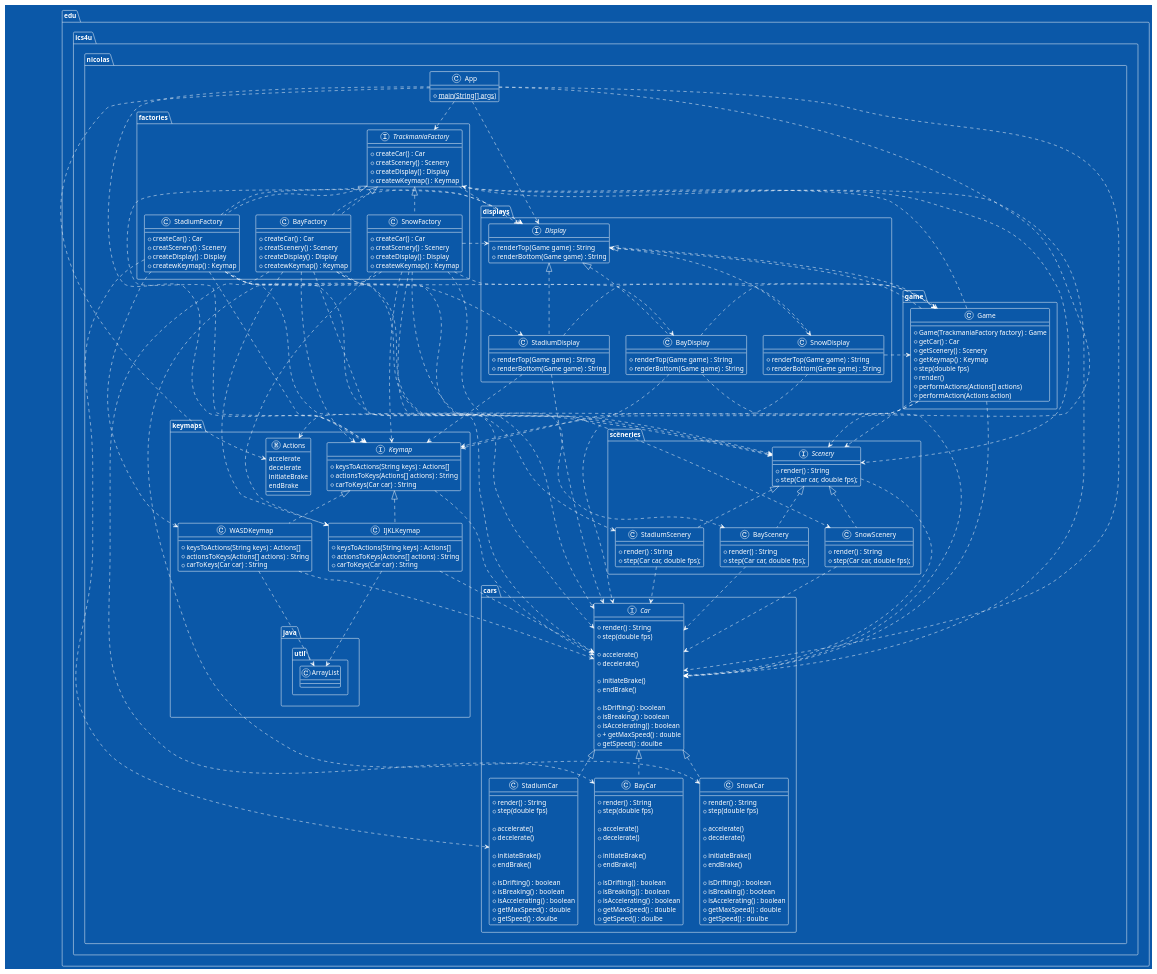
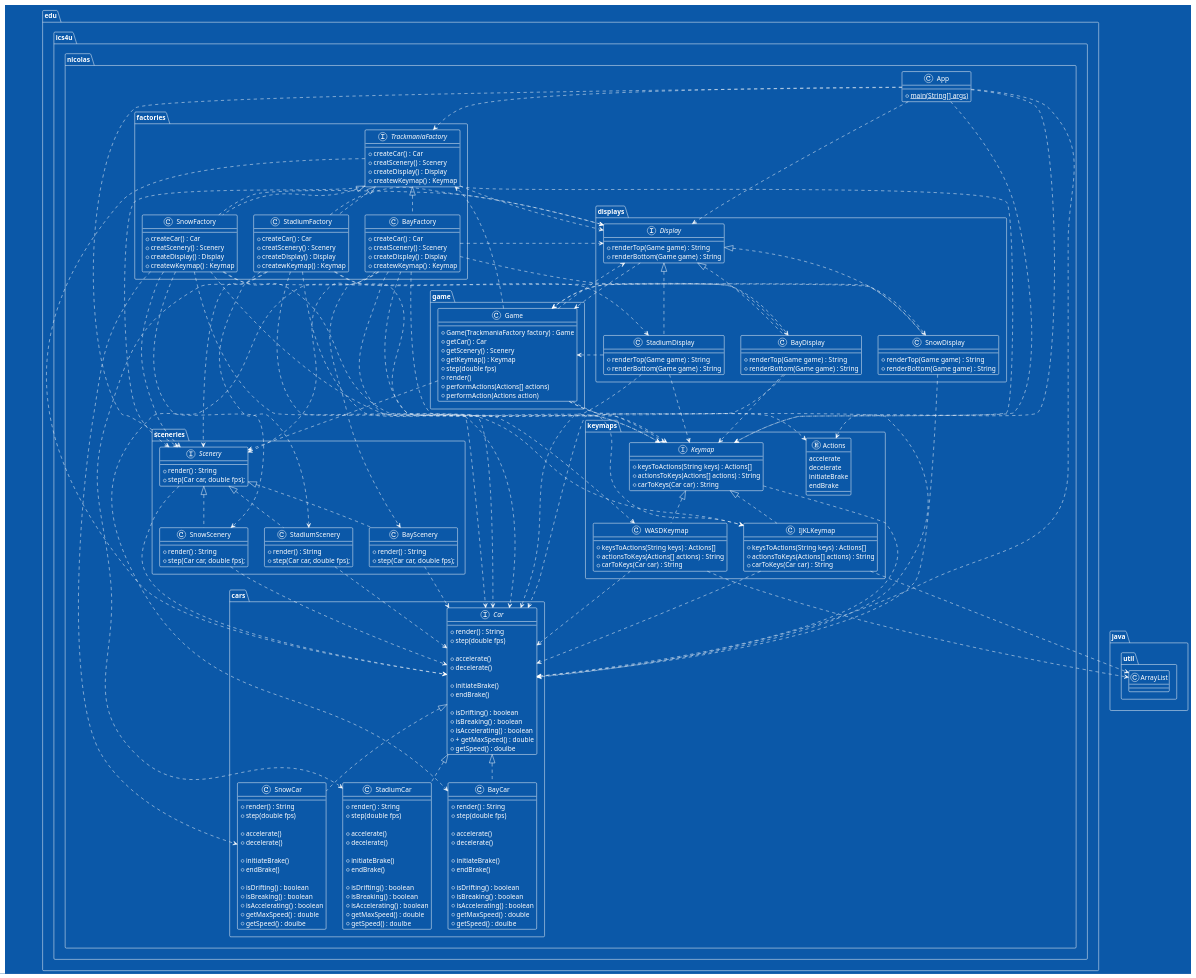
Before and after one commit to 101010101010101011010/patrons: the diagram in Diagram.puml, drawn with PlantUML. The commit also changed 1 other file, not shown here.

Commit message:
Moving JavaUtilArrayList Out of Cars

```diff
--- a/Diagram.puml
+++ b/Diagram.puml
@@ -1,5 +1,13 @@
 @startuml Trackmania
 !theme amiga
+
+
+package java.util <<Folder>> {
+
+class ArrayList {}
+
+}
+
 
 
 package edu.ics4u.nicolas.cars <<Folder>> {
```
